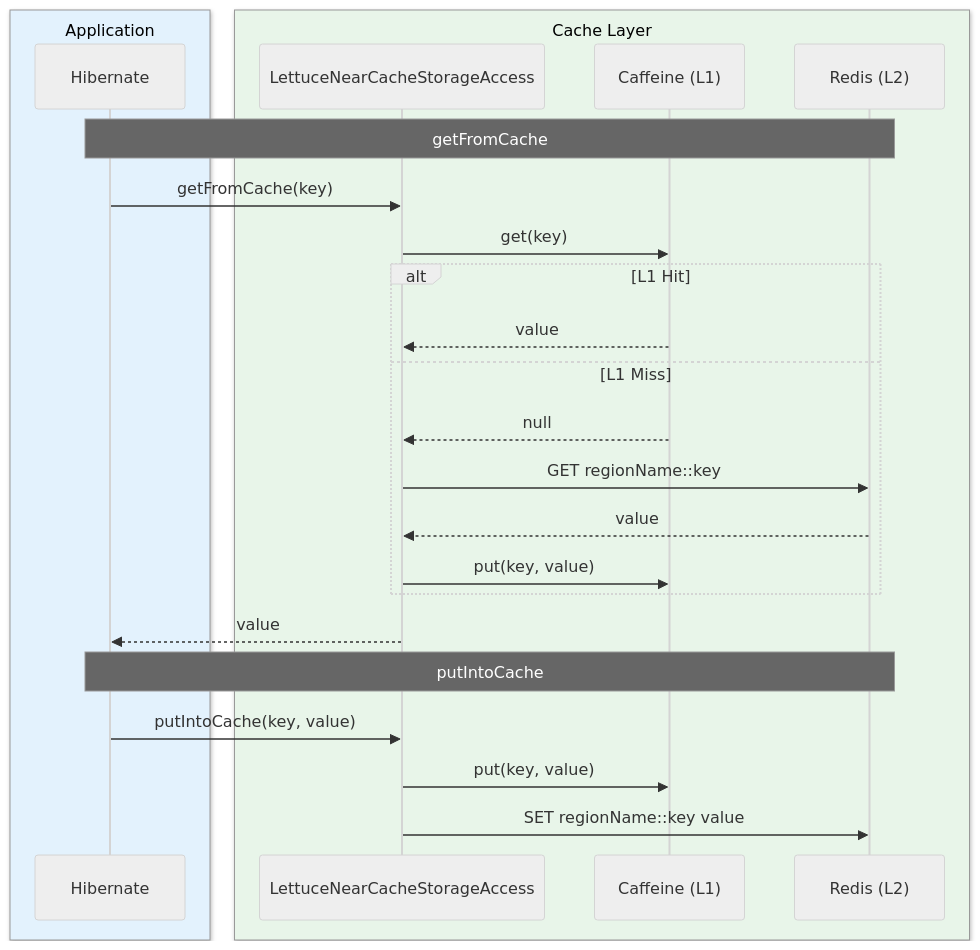
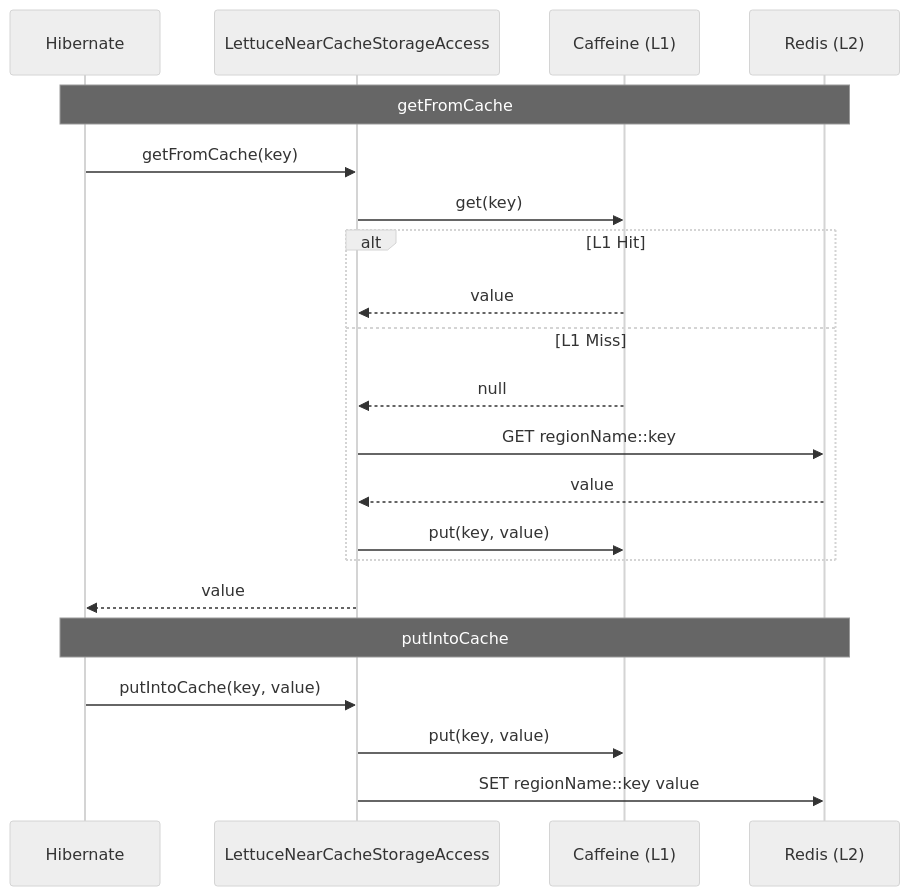
The third of 3 diagrams in data/hibernate-cache-lettuce/README.md (bluetape4k/bluetape4k-projects), drawn with Mermaid (neutral theme) before and after one commit. The commit also changed other lines of this file and 219 other files, not shown here.

First line of the commit message:
docs: 전체 README Mermaid 다이어그램 가이드 적용

````diff
--- a/data/hibernate-cache-lettuce/README.md
+++ b/data/hibernate-cache-lettuce/README.md
@@ -186,29 +186,25 @@
 ```mermaid
 sequenceDiagram
-    box rgb(227, 242, 253) Application
         participant Hibernate
-    end
-    box rgb(232, 245, 233) Cache Layer
         participant Storage as LettuceNearCacheStorageAccess
         participant L1 as Caffeine (L1)
         participant L2 as Redis (L2)
-    end
 
     Note over Hibernate,L2: getFromCache
     Hibernate->>Storage: getFromCache(key)
     Storage->>L1: get(key)
     alt L1 Hit
         L1-->>Storage: value
     else L1 Miss
         L1-->>Storage: null
         Storage->>L2: GET regionName::key
         L2-->>Storage: value
         Storage->>L1: put(key, value)
     end
     Storage-->>Hibernate: value
 
     Note over Hibernate,L2: putIntoCache
     Hibernate->>Storage: putIntoCache(key, value)
     Storage->>L1: put(key, value)
     Storage->>L2: SET regionName::key value
 ```
````
